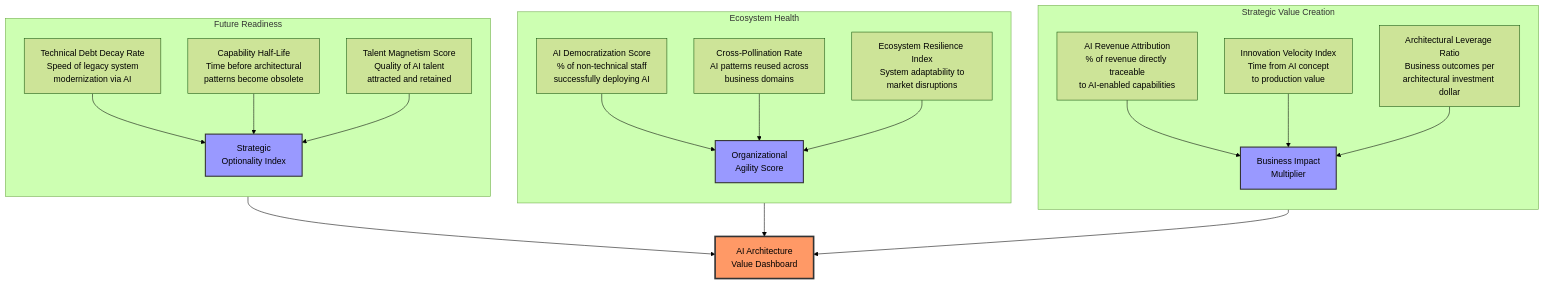
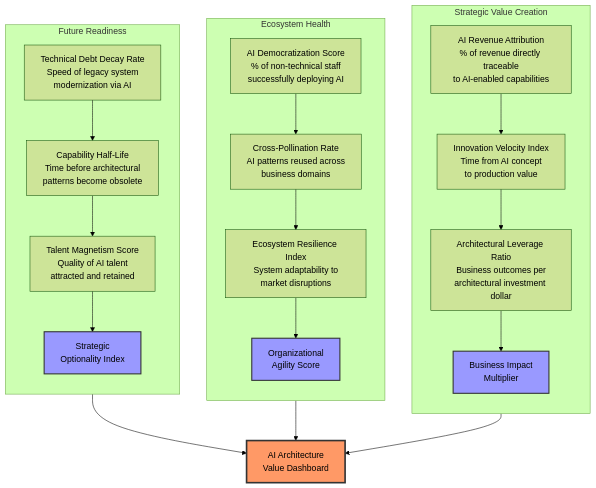
One commit to AliceNN-ucdenver/Iasa changed the tenth of 13 diagrams in cio-june.md. Above: the diagram before and after it, drawn with Mermaid (forest theme).

````diff
--- a/cio-june.md
+++ b/cio-june.md
@@ -453,36 +453,41 @@
 ```mermaid
 flowchart TB
-  %% Stack the three metric groups vertically
-  subgraph "Strategic Value Creation"
+  %% -- group 1 --
+  subgraph A["Strategic Value Creation"]
     direction TB
-    A1["AI Revenue Attribution<br/>% of revenue directly traceable<br/>to AI-enabled capabilities"]
-    A2["Innovation Velocity Index<br/>Time from AI concept<br/>to production value"]
-    A3["Architectural Leverage Ratio<br/>Business outcomes per<br/>architectural investment dollar"]
-    A1 & A2 & A3 --> D["Business Impact<br/>Multiplier"]
+    A1["AI Revenue Attribution<br>% of revenue directly traceable<br>to AI-enabled capabilities"]
+    A2["Innovation Velocity Index<br>Time from AI concept<br>to production value"]
+    A3["Architectural Leverage Ratio<br>Business outcomes per<br>architectural investment dollar"]
+    A1 --> A2 --> A3 --> D["Business Impact<br>Multiplier"]
   end
 
-  subgraph "Ecosystem Health"
+  %% -- group 2 --
+  subgraph B["Ecosystem Health"]
     direction TB
-    B1["AI Democratization Score<br/>% of non-technical staff<br/>successfully deploying AI"]
-    B2["Cross-Pollination Rate<br/>AI patterns reused across<br/>business domains"]
-    B3["Ecosystem Resilience Index<br/>System adaptability to<br/>market disruptions"]
-    B1 & B2 & B3 --> E["Organizational<br/>Agility Score"]
+    B1["AI Democratization Score<br>% of non-technical staff<br>successfully deploying AI"]
+    B2["Cross-Pollination Rate<br>AI patterns reused across<br>business domains"]
+    B3["Ecosystem Resilience Index<br>System adaptability to<br>market disruptions"]
+    B1 --> B2 --> B3 --> E["Organizational<br>Agility Score"]
   end
 
-  subgraph "Future Readiness"
+  %% -- group 3 --
+  subgraph C["Future Readiness"]
     direction TB
-    C1["Technical Debt Decay Rate<br/>Speed of legacy system<br/>modernization via AI"]
-    C2["Capability Half-Life<br/>Time before architectural<br/>patterns become obsolete"]
-    C3["Talent Magnetism Score<br/>Quality of AI talent<br/>attracted and retained"]
-    C1 & C2 & C3 --> F["Strategic<br/>Optionality Index"]
+    C1["Technical Debt Decay Rate<br>Speed of legacy system<br>modernization via AI"]
+    C2["Capability Half-Life<br>Time before architectural<br>patterns become obsolete"]
+    C3["Talent Magnetism Score<br>Quality of AI talent<br>attracted and retained"]
+    C1 --> C2 --> C3 --> F["Strategic<br>Optionality Index"]
   end
 
-  %% Converge into the final dashboard
-  D & E & F --> G["AI Architecture<br/>Value Dashboard"]
 
-  %% Styling
+  %% -- converge metrics to dashboard --
+  D --> G["AI Architecture<br>Value Dashboard"]
+  E --> G
+  F --> G
+
+  %% -- styling nodes individually to avoid artifacts --
   style G fill:#f96,stroke:#333,stroke-width:3px
   style D fill:#99f,stroke:#333,stroke-width:2px
   style E fill:#99f,stroke:#333,stroke-width:2px
   style F fill:#99f,stroke:#333,stroke-width:2px
 ```
````
